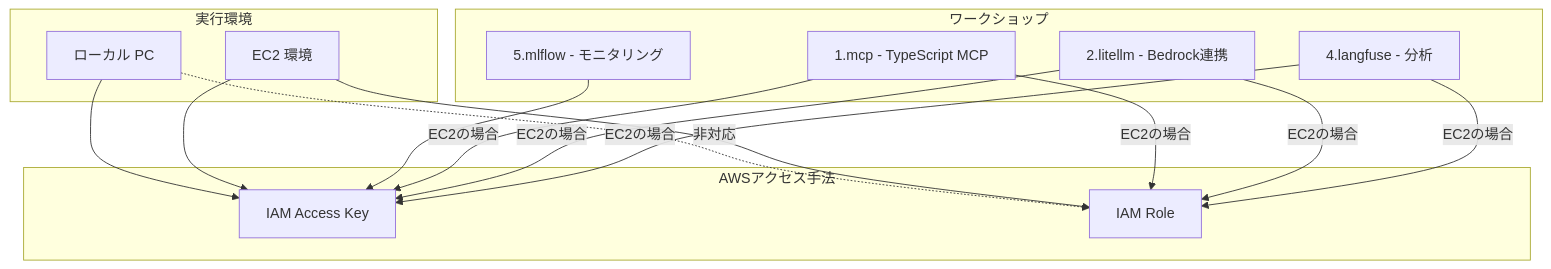
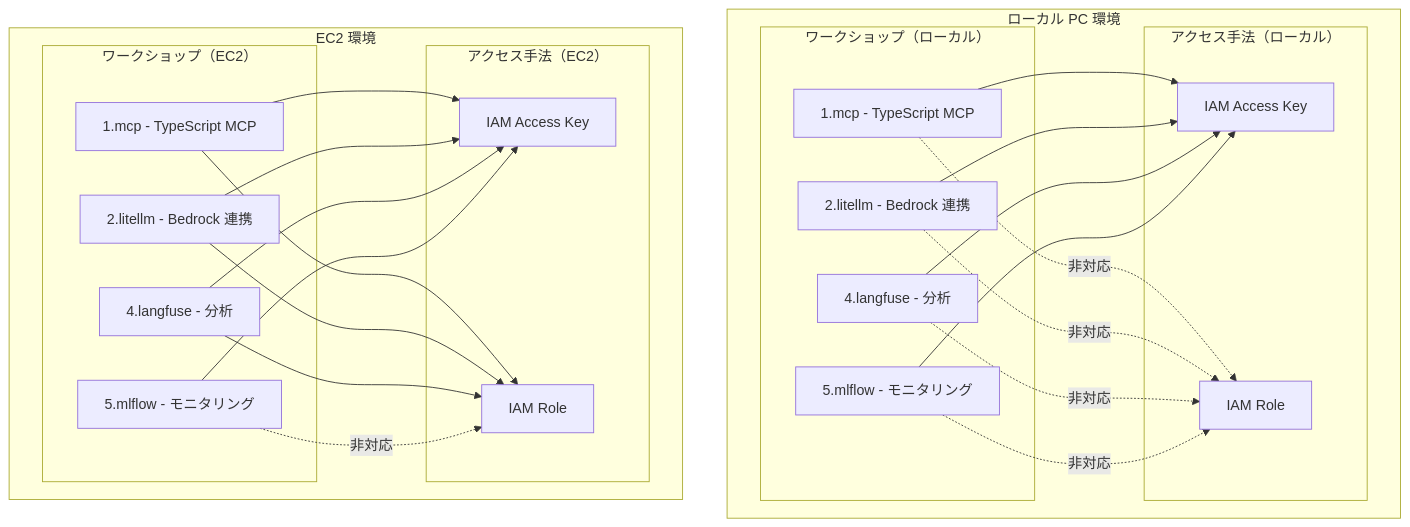
The diagram in workshops/ai-coding-workshop/cline/0.setup/requirements.md (littlemex/aws-samples), drawn with Mermaid before and after one commit. The commit also changed other lines of this file, not shown here.

Commit message:
0.setup/requirements.md add

````diff
--- a/workshops/ai-coding-workshop/cline/0.setup/requirements.md
+++ b/workshops/ai-coding-workshop/cline/0.setup/requirements.md
@@ -7,32 +7,50 @@
 ```mermaid
 graph TB
-    subgraph "実行環境"
-        E1[ローカル PC]
-        E2[EC2 環境]
+    subgraph "ローカル PC 環境"
+        subgraph "ワークショップ（ローカル）"
+            WL1[1.mcp - TypeScript MCP]
+            WL2[2.litellm - Bedrock 連携]
+            WL4[4.langfuse - 分析]
+            WL5[5.mlflow - モニタリング]
+        end
+        
+        subgraph "アクセス手法（ローカル）"
+            AL1[IAM Access Key]
+            AL2[IAM Role]
+        end
+        
+        WL1 --> AL1
+        WL2 --> AL1
+        WL4 --> AL1
+        WL5 --> AL1
+        
+        WL1 -.->|非対応| AL2
+        WL2 -.->|非対応| AL2
+        WL4 -.->|非対応| AL2
+        WL5 -.->|非対応| AL2
     end
     
-    subgraph "ワークショップ"
-        W1[1.mcp - TypeScript MCP]
-        W2[2.litellm - Bedrock連携]
-        W4[4.langfuse - 分析]
-        W5[5.mlflow - モニタリング]
+    subgraph "EC2 環境"
+        subgraph "ワークショップ（EC2）"
+            WE1[1.mcp - TypeScript MCP]
+            WE2[2.litellm - Bedrock 連携]
+            WE4[4.langfuse - 分析]
+            WE5[5.mlflow - モニタリング]
+        end
+        
+        subgraph "アクセス手法（EC2）"
+            AE1[IAM Access Key]
+            AE2[IAM Role]
+        end
+        
+        WE1 --> AE1
+        WE2 --> AE1
+        WE4 --> AE1
+        WE5 --> AE1
+        
+        WE1 --> AE2
+        WE2 --> AE2
+        WE4 --> AE2
+        WE5 -.->|非対応| AE2
     end
-    
-    subgraph "AWSアクセス手法"
-        A1[IAM Access Key]
-        A2[IAM Role]
-    end
-
-    E1 --> A1
-    E1 -.->|非対応| A2
-    E2 --> A1
-    E2 --> A2
-    
-    W5 --> A1
-    W1 --> |EC2の場合|A1
-    W1 --> |EC2の場合|A2
-    W2 --> |EC2の場合|A1
-    W2 --> |EC2の場合|A2
-    W4 --> |EC2の場合|A1
-    W4 --> |EC2の場合|A2
 ```
````
